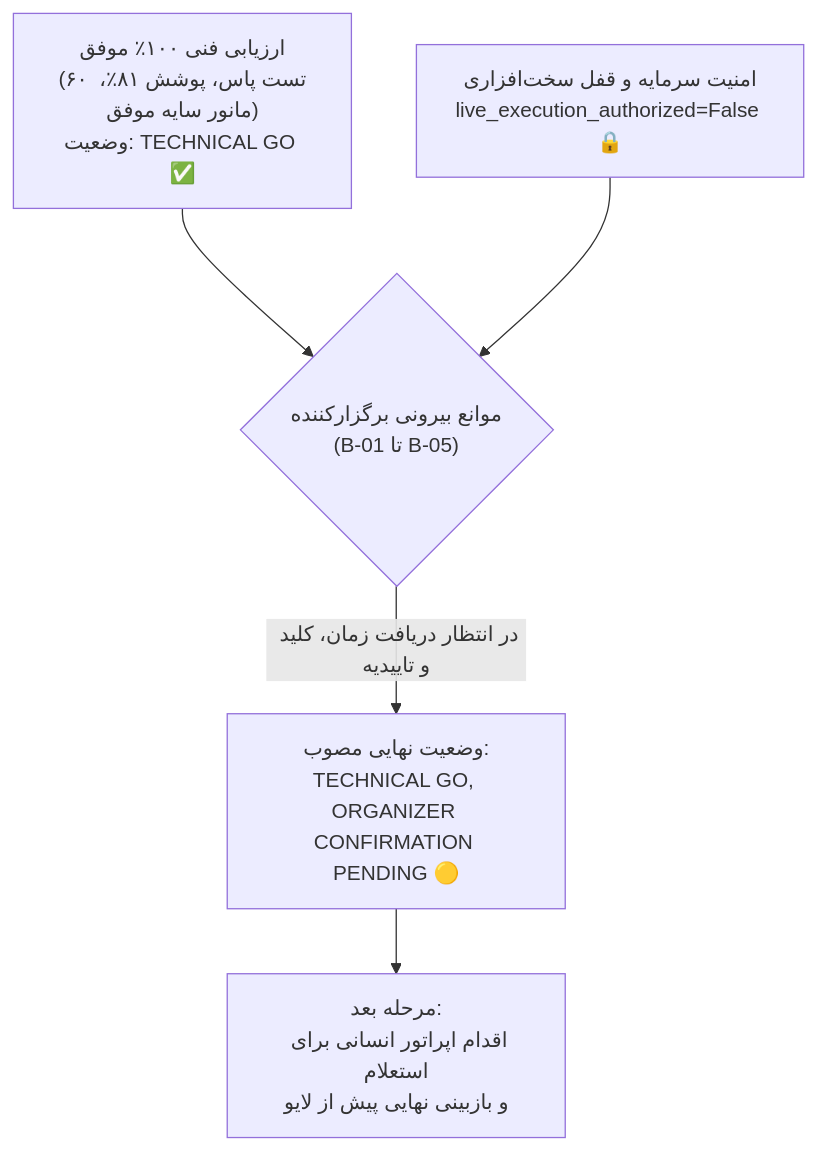
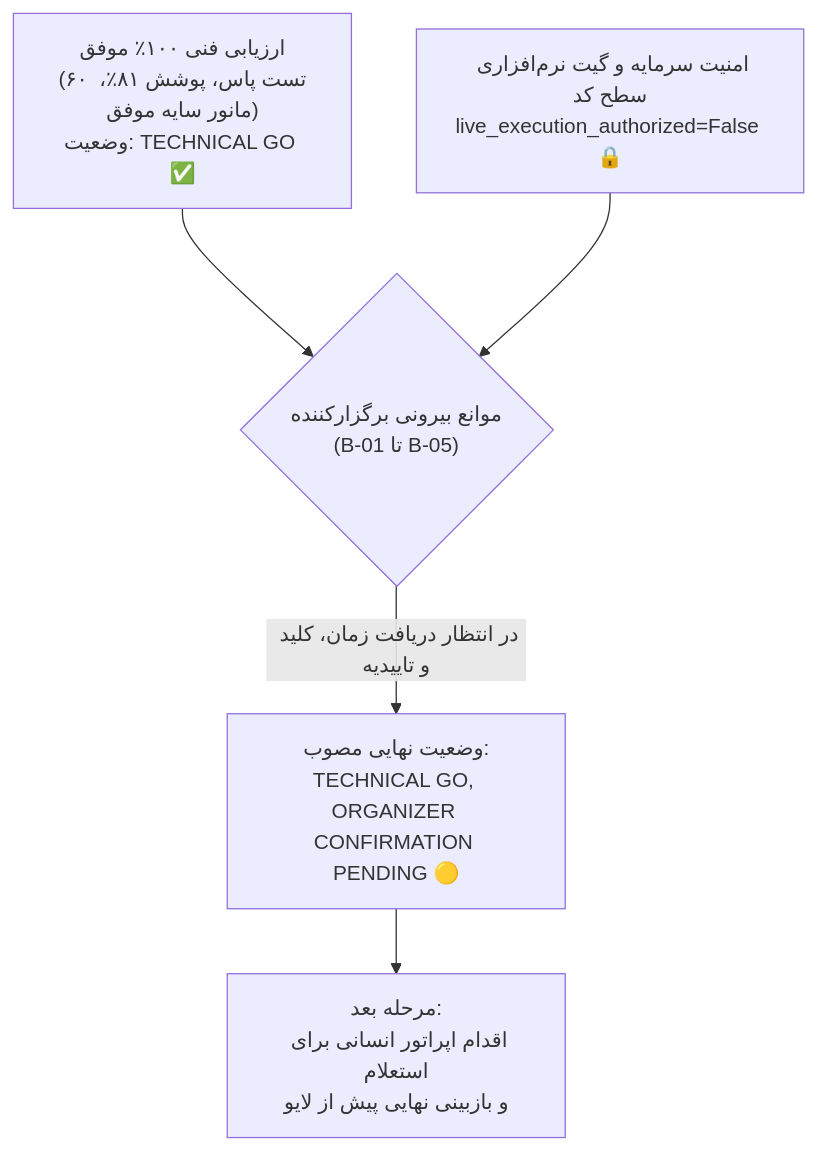
Before and after one commit to AliFazelniya/wallextrade: the first of 2 diagrams in docs/PHASE17_FINAL_READINESS.md, drawn with Mermaid. The commit also changed 7 other files, not shown here.

````diff
--- a/docs/PHASE17_FINAL_READINESS.md
+++ b/docs/PHASE17_FINAL_READINESS.md
@@ -16,7 +16,7 @@
 ```mermaid
 flowchart TD
     A["ارزیابی فنی ۱۰۰٪ موفق\n(۶۰ تست پاس، پوشش ۸۱٪، مانور سایه موفق)\nوضعیت: TECHNICAL GO ✅"] --> C{"موانع بیرونی برگزارکننده\n(B-01 تا B-05)"}
-    B["امنیت سرمایه و قفل سخت‌افزاری\nlive_execution_authorized=False 🔒"] --> C
+    B["امنیت سرمایه و گیت نرم‌افزاری سطح کد\nlive_execution_authorized=False 🔒"] --> C
     C -- "در انتظار دریافت زمان، کلید و تاییدیه" --> D["وضعیت نهایی مصوب:\nTECHNICAL GO, ORGANIZER CONFIRMATION PENDING 🟡"]
     D --> E["مرحله بعد:\nاقدام اپراتور انسانی برای استعلام\nو بازبینی نهایی پیش از لایو"]
 ```
````
